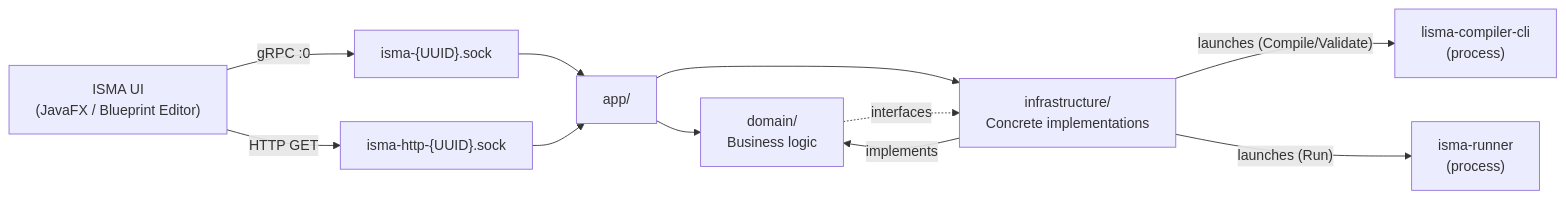
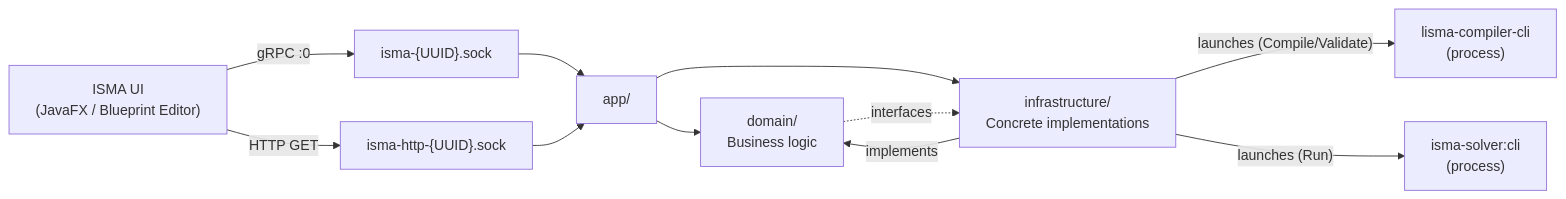
One commit to SmallBossGames/isma changed the first of 4 diagrams in docs/isma-daemon/01-overview.md. Above: the diagram before and after it, drawn with Mermaid. The commit also changed other lines of this file and 32 other files, not shown here.

Commit message:
Compler and runner as CLI

````diff
--- a/docs/isma-daemon/01-overview.md
+++ b/docs/isma-daemon/01-overview.md
@@ -38,13 +38,13 @@
 ```mermaid
 graph LR
     UI["ISMA UI\n(JavaFX / Blueprint Editor)"] -->|"gRPC :0"| GrpcSocket["isma-{UUID}.sock"]
     UI -->|"HTTP GET"| HttpSocket["isma-http-{UUID}.sock"]
     GrpcSocket --> App["app/"]
     HttpSocket --> App
     App --> Domain["domain/\nBusiness logic"]
     App --> Infra["infrastructure/\nConcrete implementations"]
     Domain -.->|"interfaces"| Infra
     Infra -->|"implements"| Domain
     Infra -->|"launches (Compile/Validate)"| Cli["lisma-compiler-cli\n(process)"]
-    Infra -->|"launches (Run)"| Runner["isma-runner\n(process)"]
+    Infra -->|"launches (Run)"| Runner["isma-solver:cli\n(process)"]
 ```
````
